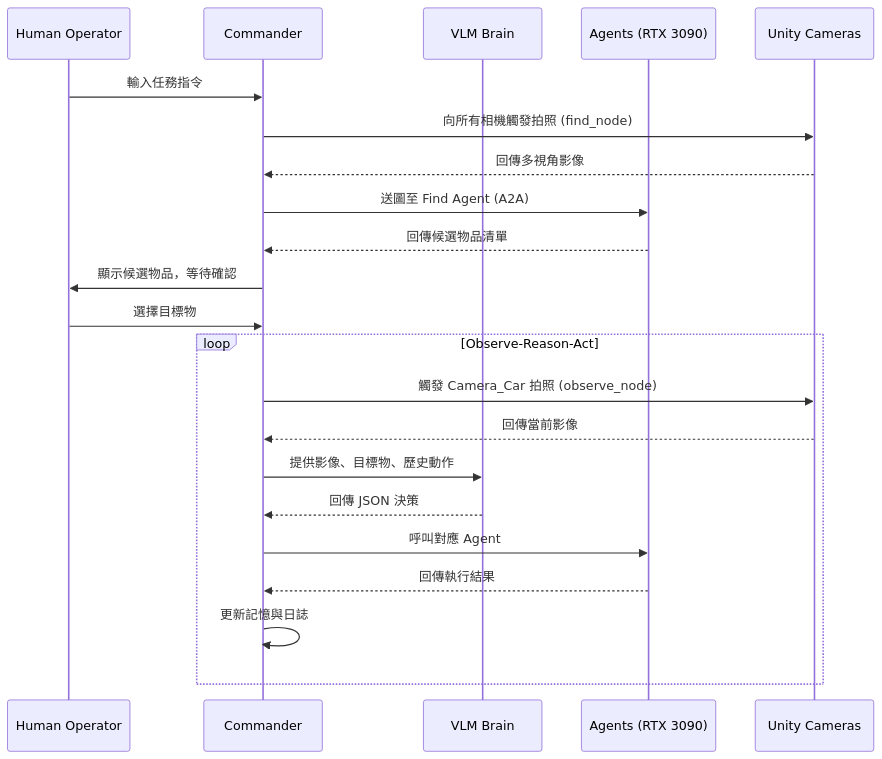
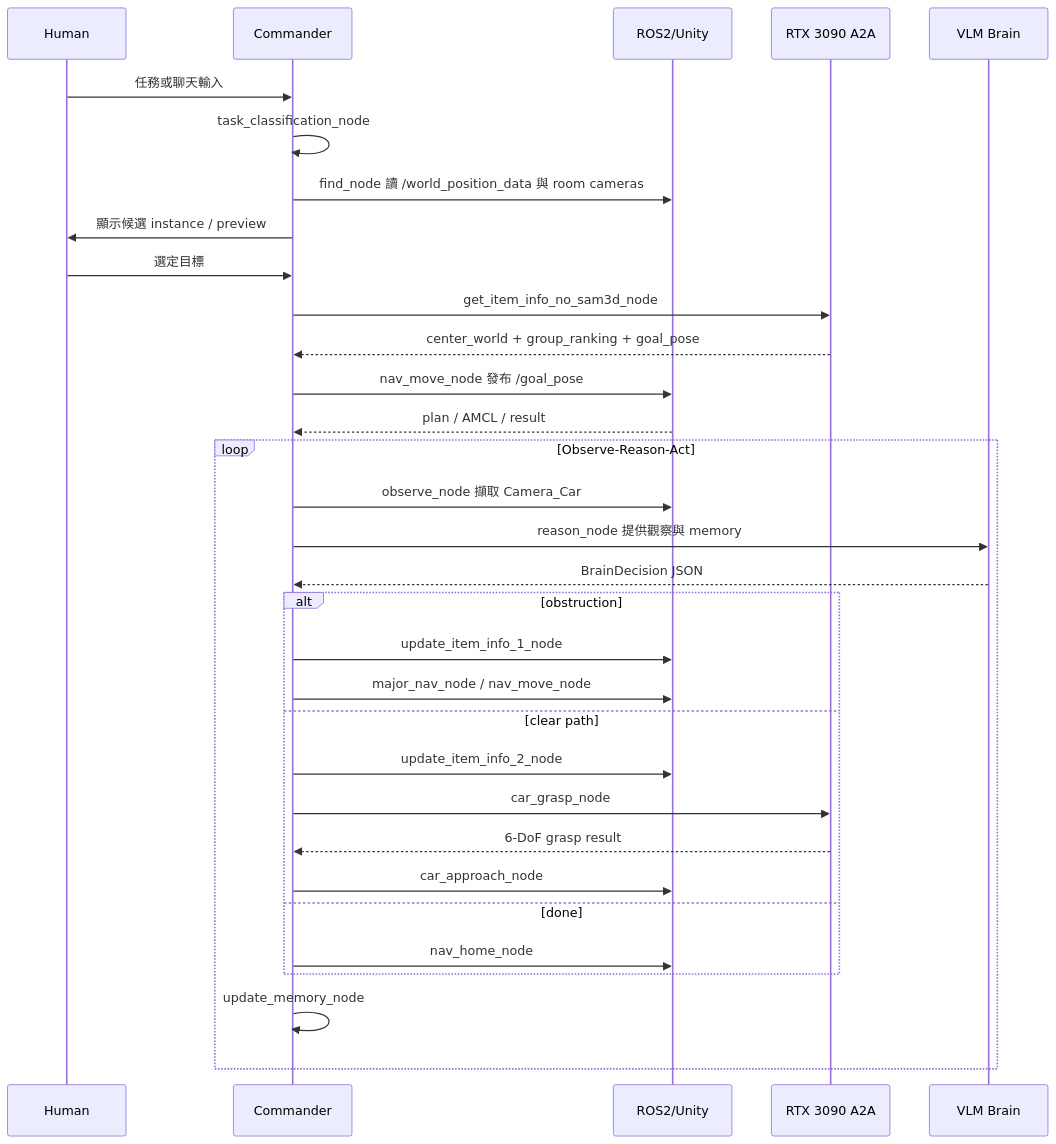
One commit to tj1125/pros_workflow changed the second of 2 diagrams in docs/spec.md. Above: the diagram before and after it, drawn with Mermaid. The commit also changed other lines of this file and 46 other files, not shown here.

````diff
--- a/docs/spec.md
+++ b/docs/spec.md
@@ -83,25 +88,35 @@
 ```mermaid
 sequenceDiagram
-  participant H as Human Operator
+  participant H as Human
   participant C as Commander
+  participant R as ROS2/Unity
+  participant A as RTX 3090 A2A
   participant V as VLM Brain
-  participant A as Agents (RTX 3090)
-  participant U as Unity Cameras
 
-  H->>C: 輸入任務指令
-  C->>U: 向所有相機觸發拍照 (find_node)
-  U-->>C: 回傳多視角影像
-  C->>A: 送圖至 Find Agent (A2A)
-  A-->>C: 回傳候選物品清單
-  C->>H: 顯示候選物品，等待確認
-  H->>C: 選擇目標物
+  H->>C: 任務或聊天輸入
+  C->>C: task_classification_node
+  C->>R: find_node 讀 /world_position_data 與 room cameras
+  C->>H: 顯示候選 instance / preview
+  H->>C: 選定目標
+  C->>A: get_item_info_no_sam3d_node
+  A-->>C: center_world + group_ranking + goal_pose
+  C->>R: nav_move_node 發布 /goal_pose
+  R-->>C: plan / AMCL / result
   loop Observe-Reason-Act
-    C->>U: 觸發 Camera_Car 拍照 (observe_node)
-    U-->>C: 回傳當前影像
-    C->>V: 提供影像、目標物、歷史動作
-    V-->>C: 回傳 JSON 決策
-    C->>A: 呼叫對應 Agent
-    A-->>C: 回傳執行結果
-    C->>C: 更新記憶與日誌
+    C->>R: observe_node 擷取 Camera_Car
+    C->>V: reason_node 提供觀察與 memory
+    V-->>C: BrainDecision JSON
+    alt obstruction
+      C->>R: update_item_info_1_node
+      C->>R: major_nav_node / nav_move_node
+    else clear path
+      C->>R: update_item_info_2_node
+      C->>A: car_grasp_node
+      A-->>C: 6-DoF grasp result
+      C->>R: car_approach_node
+    else done
+      C->>R: nav_home_node
+    end
+    C->>C: update_memory_node
   end
 ```
````
